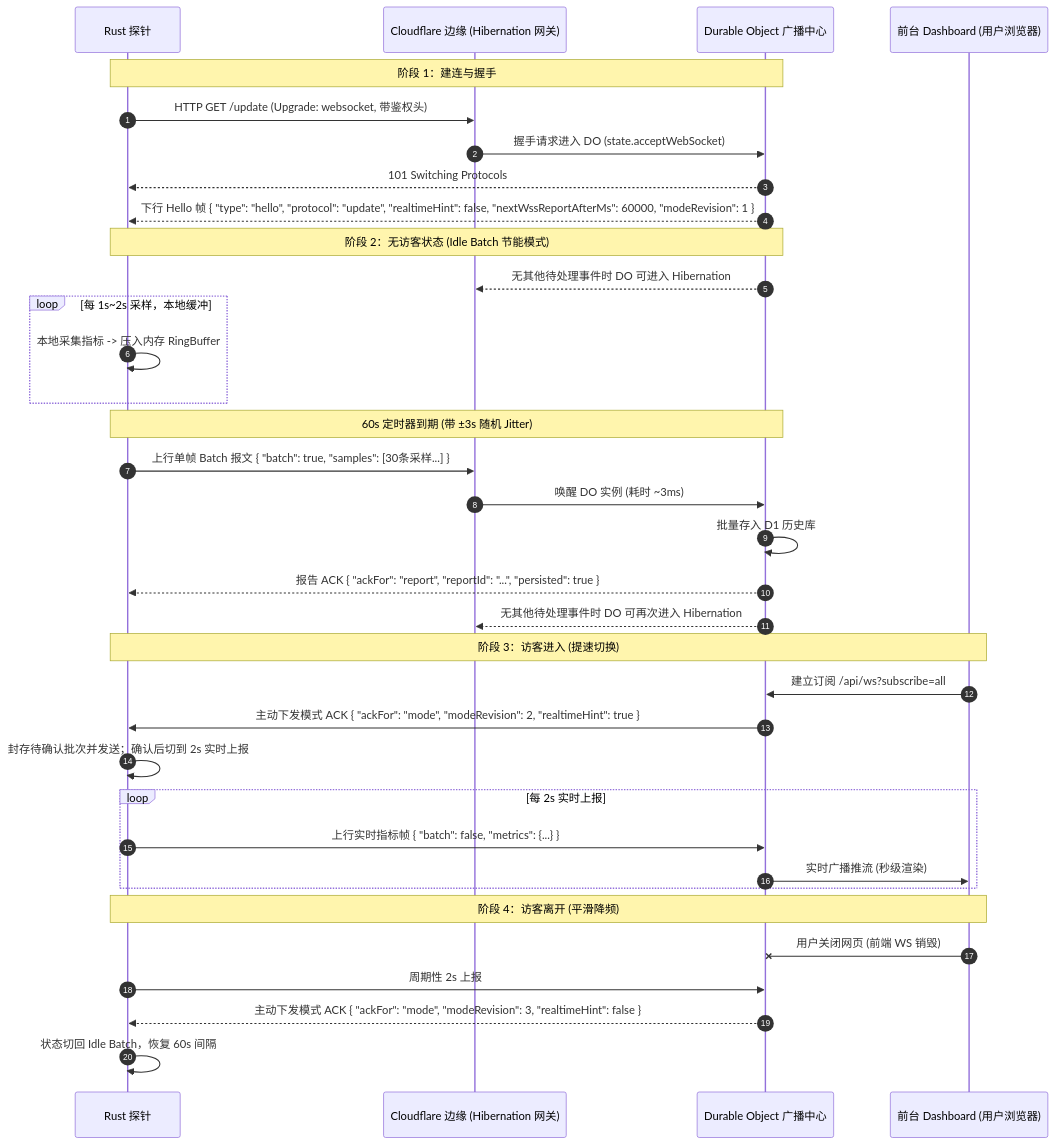
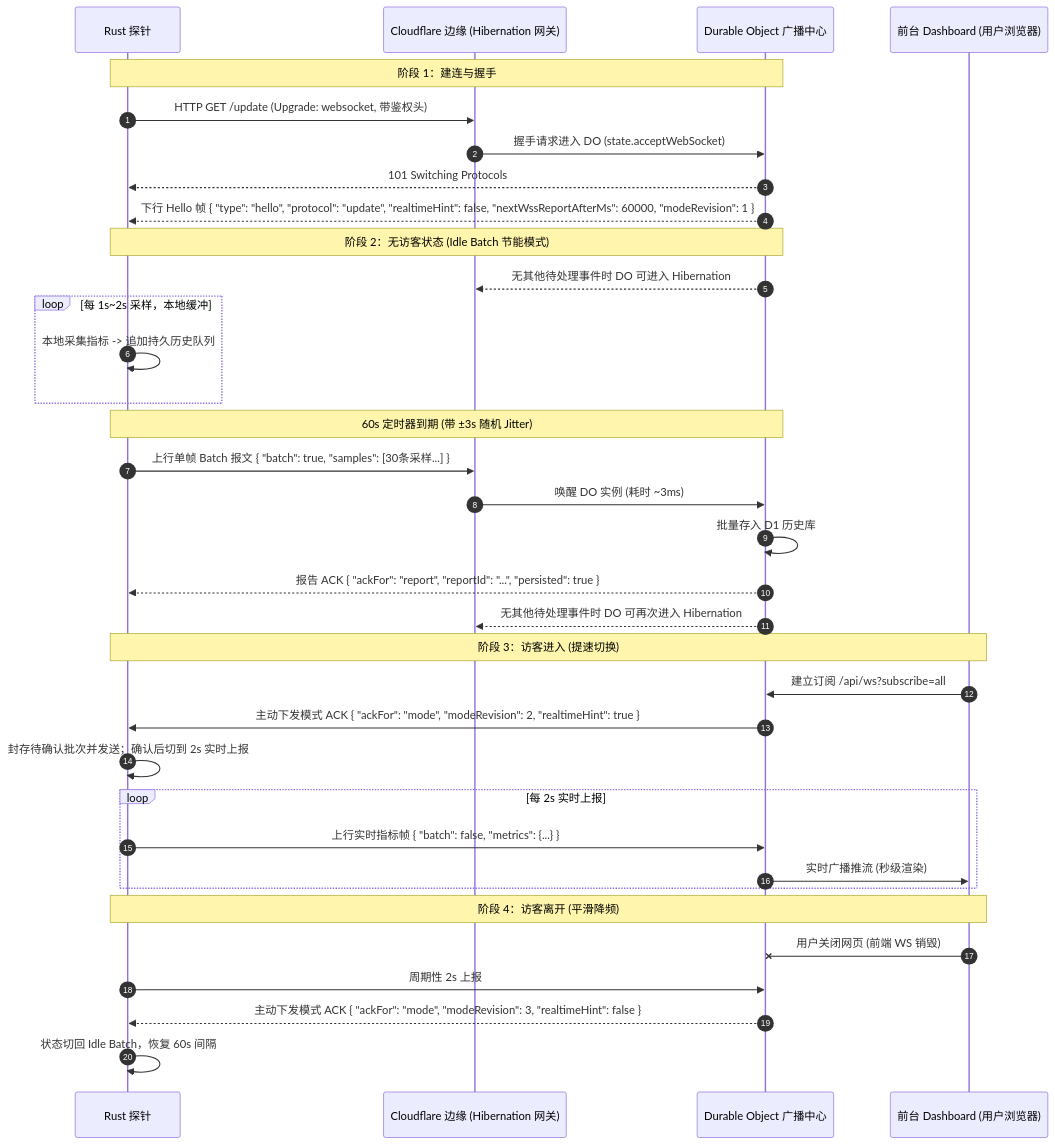
The first of 2 diagrams in docs/ADAPTIVE_REPORTING_SPEC.md (veegn/serverless-monitor-agent), drawn with Mermaid before and after one commit. The commit also changed other lines of this file and 27 other files, not shown here.

````diff
--- a/docs/ADAPTIVE_REPORTING_SPEC.md
+++ b/docs/ADAPTIVE_REPORTING_SPEC.md
@@ -23,41 +23,41 @@
 ```mermaid
 sequenceDiagram
     autonumber
     participant Agent as Rust 探针
     participant CF as Cloudflare 边缘 (Hibernation 网关)
     participant DO as Durable Object 广播中心
     participant Web as 前台 Dashboard (用户浏览器)
 
     Note over Agent,DO: 阶段 1：建连与握手
     Agent->>CF: HTTP GET /update (Upgrade: websocket, 带鉴权头)
     CF->>DO: 握手请求进入 DO (state.acceptWebSocket)
     DO-->>Agent: 101 Switching Protocols
     DO-->>Agent: 下行 Hello 帧 { "type": "hello", "protocol": "update", "realtimeHint": false, "nextWssReportAfterMs": 60000, "modeRevision": 1 }
 
     Note over Agent,DO: 阶段 2：无访客状态 (Idle Batch 节能模式)
     DO-->>CF: 无其他待处理事件时 DO 可进入 Hibernation
     loop 每 1s~2s 采样，本地缓冲
-        Agent->>Agent: 本地采集指标 -> 压入内存 RingBuffer
+        Agent->>Agent: 本地采集指标 -> 追加持久历史队列
     end
     Note over Agent,DO: 60s 定时器到期 (带 ±3s 随机 Jitter)
     Agent->>CF: 上行单帧 Batch 报文 { "batch": true, "samples": [30条采样...] }
     CF->>DO: 唤醒 DO 实例 (耗时 ~3ms)
     DO->>DO: 批量存入 D1 历史库
     DO-->>Agent: 报告 ACK { "ackFor": "report", "reportId": "...", "persisted": true }
     DO-->>CF: 无其他待处理事件时 DO 可再次进入 Hibernation
 
     Note over Agent,Web: 阶段 3：访客进入 (提速切换)
     Web->>DO: 建立订阅 /api/ws?subscribe=all
     DO->>Agent: 主动下发模式 ACK { "ackFor": "mode", "modeRevision": 2, "realtimeHint": true }
     Agent->>Agent: 封存待确认批次并发送；确认后切到 2s 实时上报
     loop 每 2s 实时上报
         Agent->>DO: 上行实时指标帧 { "batch": false, "metrics": {...} }
         DO->>Web: 实时广播推流 (秒级渲染)
     end
 
     Note over Agent,Web: 阶段 4：访客离开 (平滑降频)
     Web-xDO: 用户关闭网页 (前端 WS 销毁)
     Agent->>DO: 周期性 2s 上报
     DO-->>Agent: 主动下发模式 ACK { "ackFor": "mode", "modeRevision": 3, "realtimeHint": false }
     Agent->>Agent: 状态切回 Idle Batch，恢复 60s 间隔
 ```
````
